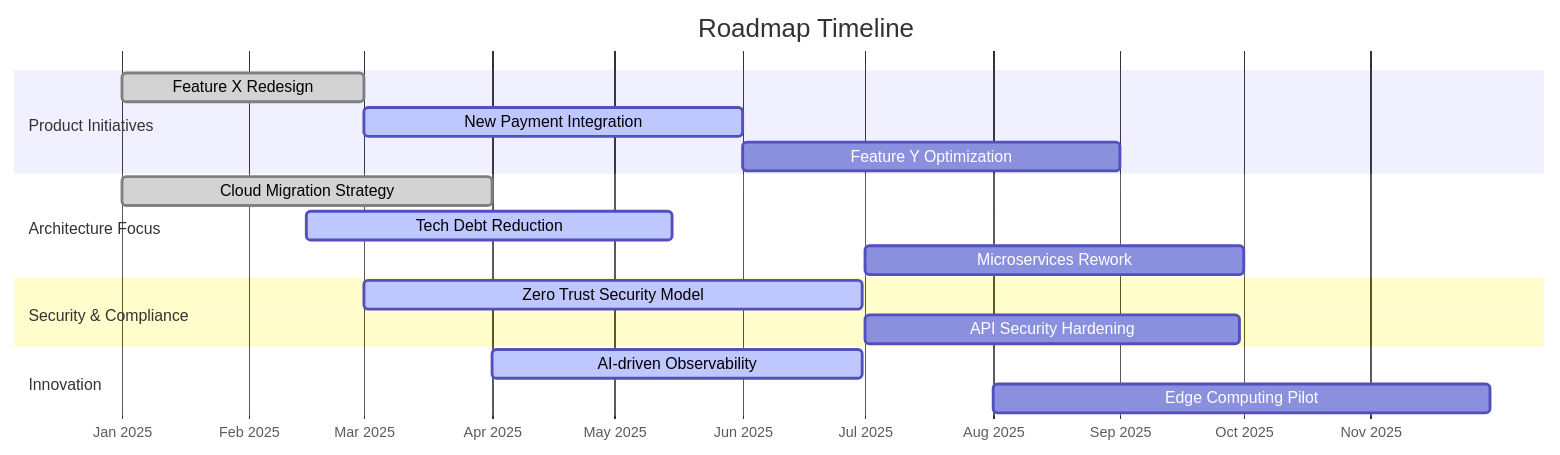
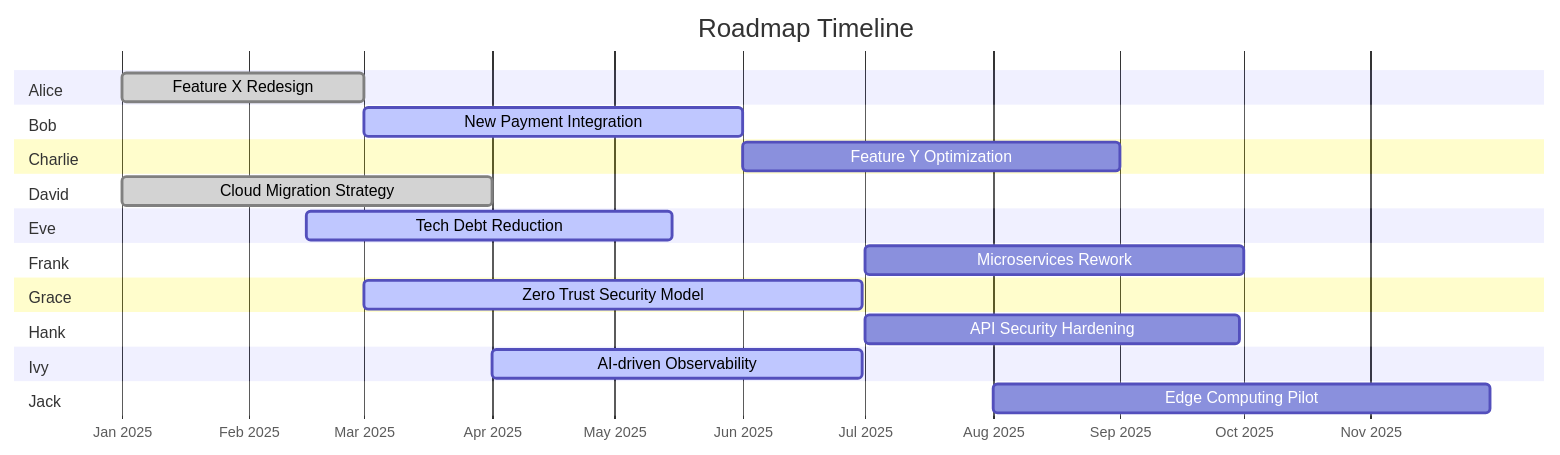
Before and after one commit to davidroche7/architecure-roadmap: the diagram in README.md, drawn with Mermaid.

````diff
--- a/README.md
+++ b/README.md
@@ -4,24 +4,36 @@
 ```mermaid
 gantt
     title Roadmap Timeline
     dateFormat  YYYY-MM-DD
     axisFormat  %b %Y
     
-    section Product Initiatives
+    section Alice
     Feature X Redesign         :done,    2025-01-01, 2025-03-01
+
+    section Bob
     New Payment Integration    :active,  2025-03-01, 2025-06-01
+
+    section Charlie
     Feature Y Optimization     :planned, 2025-06-01, 2025-09-01
 
-    section Architecture Focus
+    section David
     Cloud Migration Strategy   :done,    2025-01-01, 2025-04-01
+
+    section Eve
     Tech Debt Reduction        :active,  2025-02-15, 2025-05-15
+
+    section Frank
     Microservices Rework       :planned, 2025-07-01, 2025-10-01
 
-    section Security & Compliance
+    section Grace
     Zero Trust Security Model  :active,  2025-03-01, 2025-06-30
+
+    section Hank
     API Security Hardening     :planned, 2025-07-01, 2025-09-30
 
-    section Innovation
+    section Ivy
     AI-driven Observability    :active,  2025-04-01, 2025-06-30
+
+    section Jack
     Edge Computing Pilot       :planned, 2025-08-01, 2025-11-30
 ```
````
